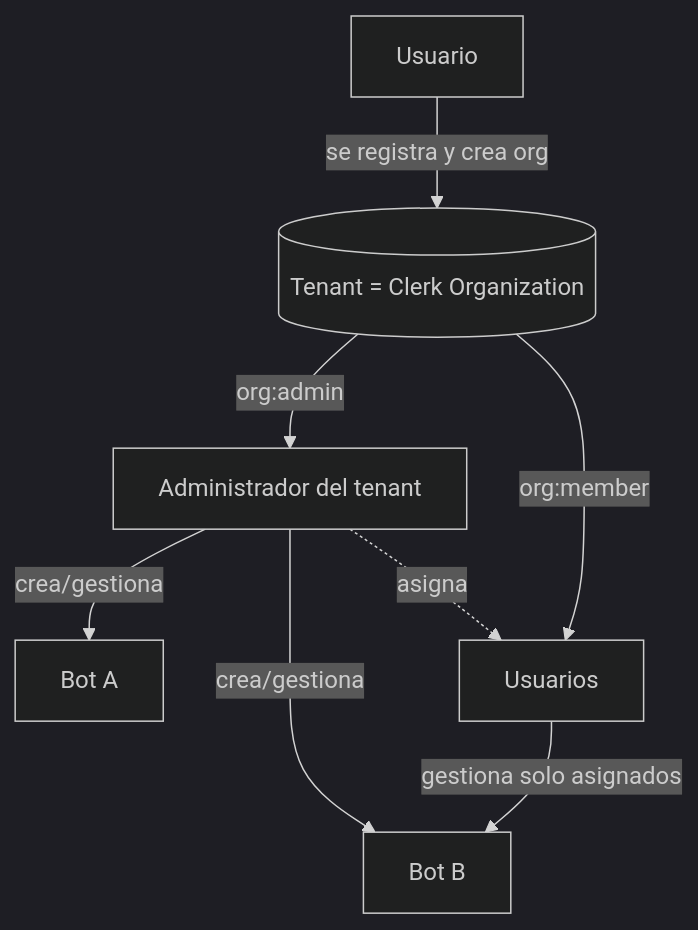
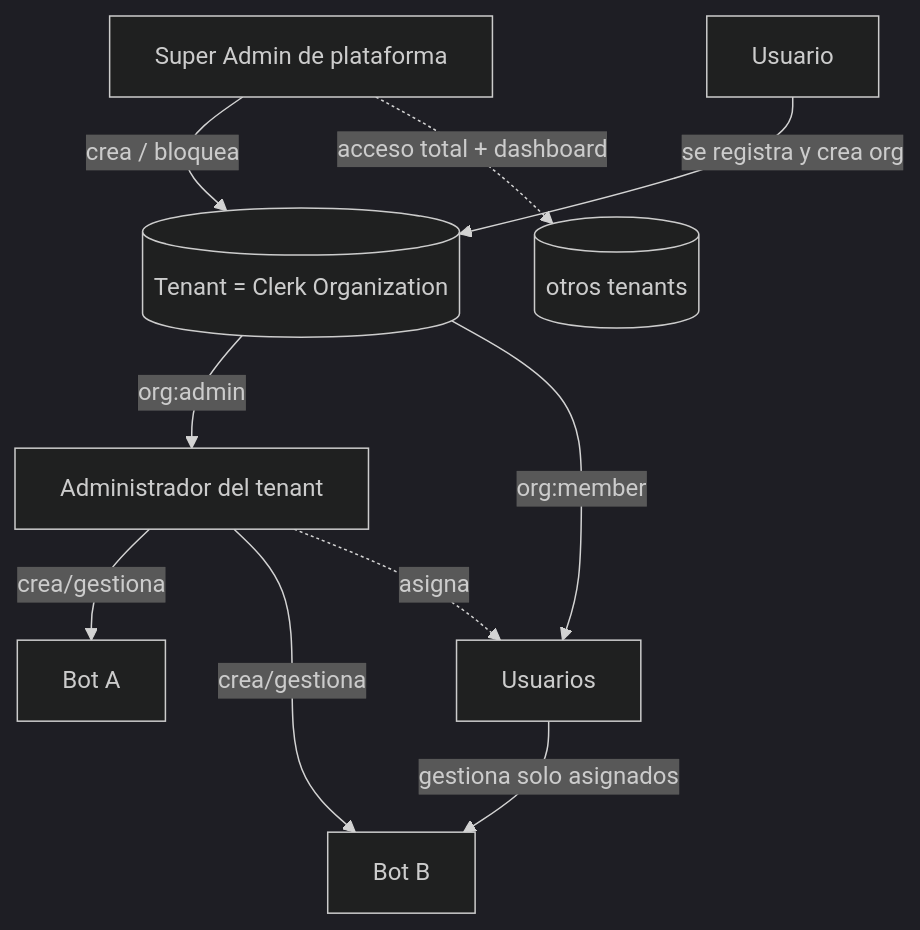
The diagram in README.md (diegoapb/bot-platform), drawn with Mermaid (dark theme) before and after one commit. The commit also changed other lines of this file and 19 other files, not shown here.

First line of the commit message:
feat: implement multitenancy with super admin role

````diff
--- a/README.md
+++ b/README.md
@@ -41,10 +41,12 @@
 ```mermaid
 flowchart TB
+  SA[Super Admin de plataforma] -->|crea / bloquea| T
+  SA -.->|acceso total + dashboard| T2[(otros tenants)]
   U[Usuario] -->|se registra y crea org| T[(Tenant = Clerk Organization)]
   T -->|org:admin| A[Administrador del tenant]
   T -->|org:member| M[Usuarios]
   A -->|crea/gestiona| B1[Bot A]
   A -->|crea/gestiona| B2[Bot B]
   A -. asigna .-> M
   M -->|gestiona solo asignados| B2
 ```
````
